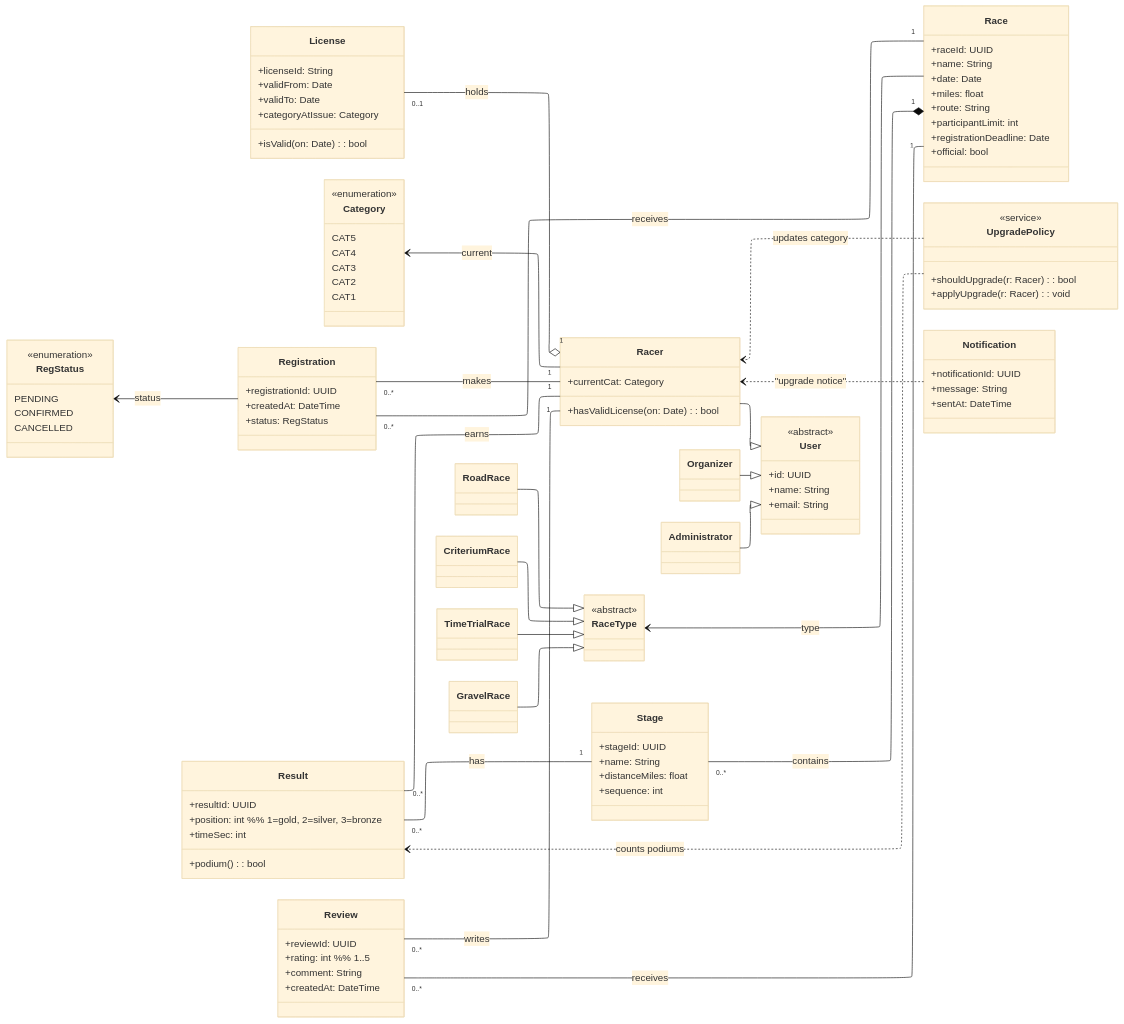
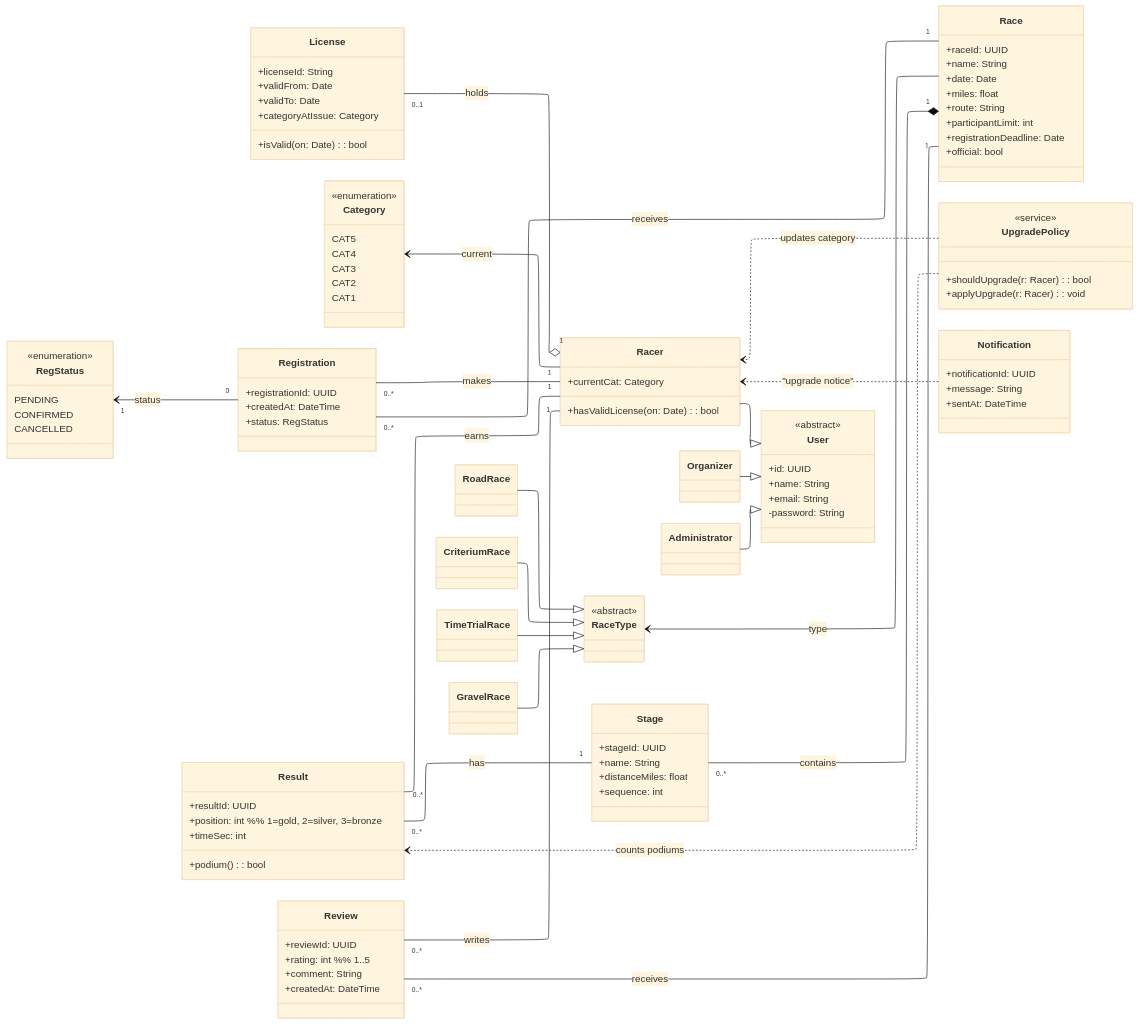
The diagram in resources/mmd/Class Diagram.mmd (SLee-842/SER315), drawn with Mermaid (base theme) before and after one commit.

Commit message:
Update Class Diagram.mmd

```diff
--- a/resources/mmd/Class Diagram.mmd
+++ b/resources/mmd/Class Diagram.mmd
@@ -1,116 +1,117 @@
 ---
 config:
   layout: elk
 ---
 classDiagram
   direction RL
   class User {
     <<abstract>>
     +id: UUID
     +name: String
     +email: String
+    -password: String
   }
   class Racer {
     +currentCat: Category
     +hasValidLicense(on: Date): bool
   }
   class Organizer {
   }
   class Administrator {
   }
   User <|-- Racer
   User <|-- Organizer
   User <|-- Administrator
   class License {
     +licenseId: String
     +validFrom: Date
     +validTo: Date
     +categoryAtIssue: Category
     +isValid(on: Date): bool
   }
   class Category {
     <<enumeration>>
     CAT5
     CAT4
     CAT3
     CAT2
     CAT1
   }
   Racer "1" o-- "0..1" License : holds
   Racer --> Category : current
   class Race {
     +raceId: UUID
     +name: String
     +date: Date
     +miles: float
     +route: String
     +participantLimit: int
     +registrationDeadline: Date
     +official: bool
   }
   class RaceType {
     <<abstract>>
   }
   class RoadRace {
   }
   class CriteriumRace {
   }
   class TimeTrialRace {
   }
   class GravelRace {
   }
   RaceType <|-- RoadRace
   RaceType <|-- CriteriumRace
   RaceType <|-- TimeTrialRace
   RaceType <|-- GravelRace
   Race --> RaceType : type
   Race "1" *-- "0..*" Stage : contains
   class Stage {
     +stageId: UUID
     +name: String
     +distanceMiles: float
     +sequence: int
   }
   class Registration {
     +registrationId: UUID
     +createdAt: DateTime
     +status: RegStatus
   }
   class RegStatus {
     <<enumeration>>
     PENDING
     CONFIRMED
     CANCELLED
   }
-  Registration --> RegStatus : status
+  Registration "0" --> "1" RegStatus : status
   Racer "1" -- "0..*" Registration : makes
   Race  "1" -- "0..*" Registration : receives
   class Result {
     +resultId: UUID
     +position: int   %% 1=gold, 2=silver, 3=bronze
     +timeSec: int
     +podium(): bool
   }
   Stage "1" -- "0..*" Result : has
   Racer "1" -- "0..*" Result : earns
   class UpgradePolicy {
     <<service>>
     +shouldUpgrade(r: Racer): bool
     +applyUpgrade(r: Racer): void
   }
   UpgradePolicy ..> Result : counts podiums
   UpgradePolicy ..> Racer : updates category
   class Review {
     +reviewId: UUID
     +rating: int  %% 1..5
     +comment: String
     +createdAt: DateTime
   }
   Racer "1" -- "0..*" Review : writes
   Race  "1" -- "0..*" Review : receives
   class Notification {
     +notificationId: UUID
     +message: String
     +sentAt: DateTime
   }
   Notification ..> Racer : "upgrade notice"
```
